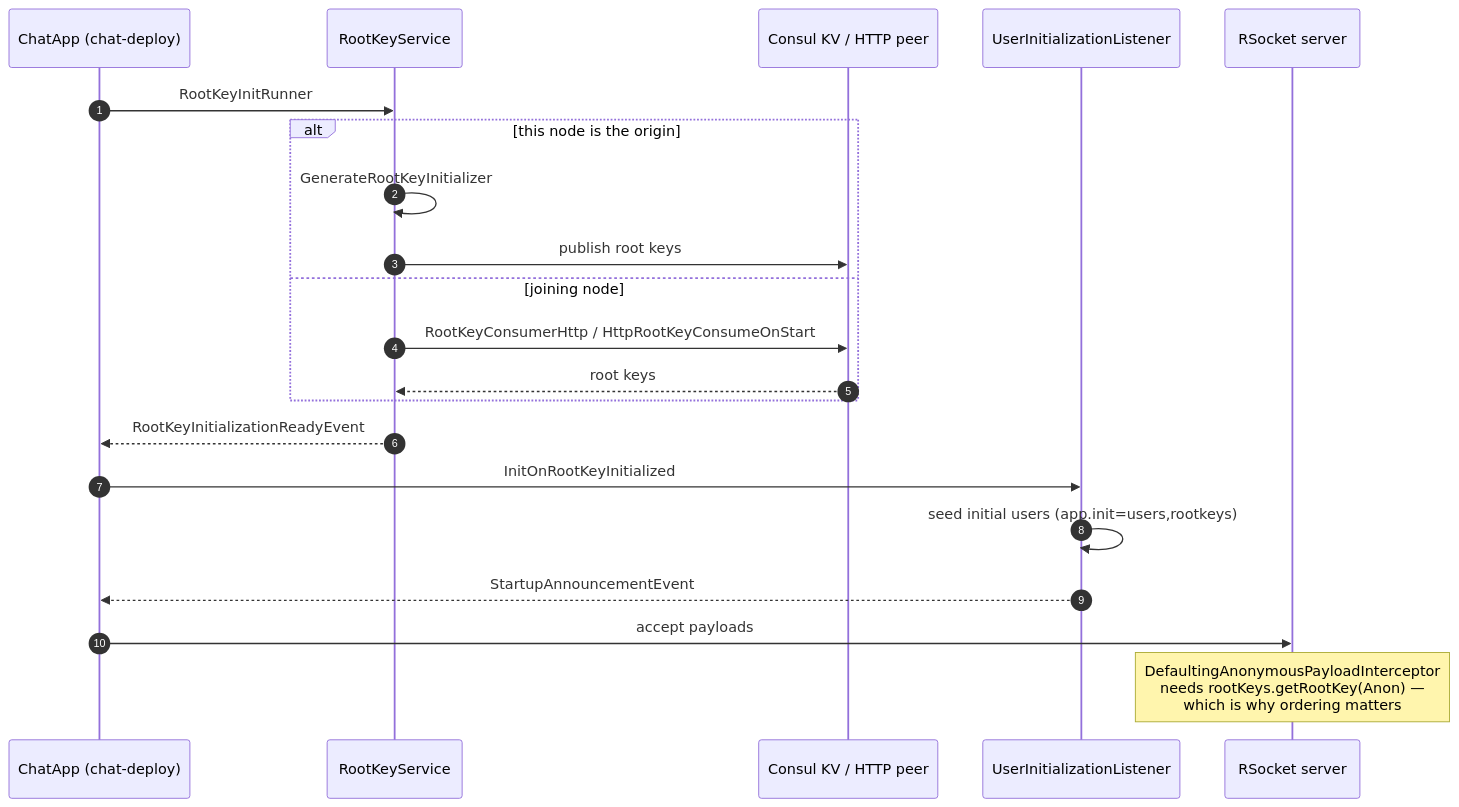
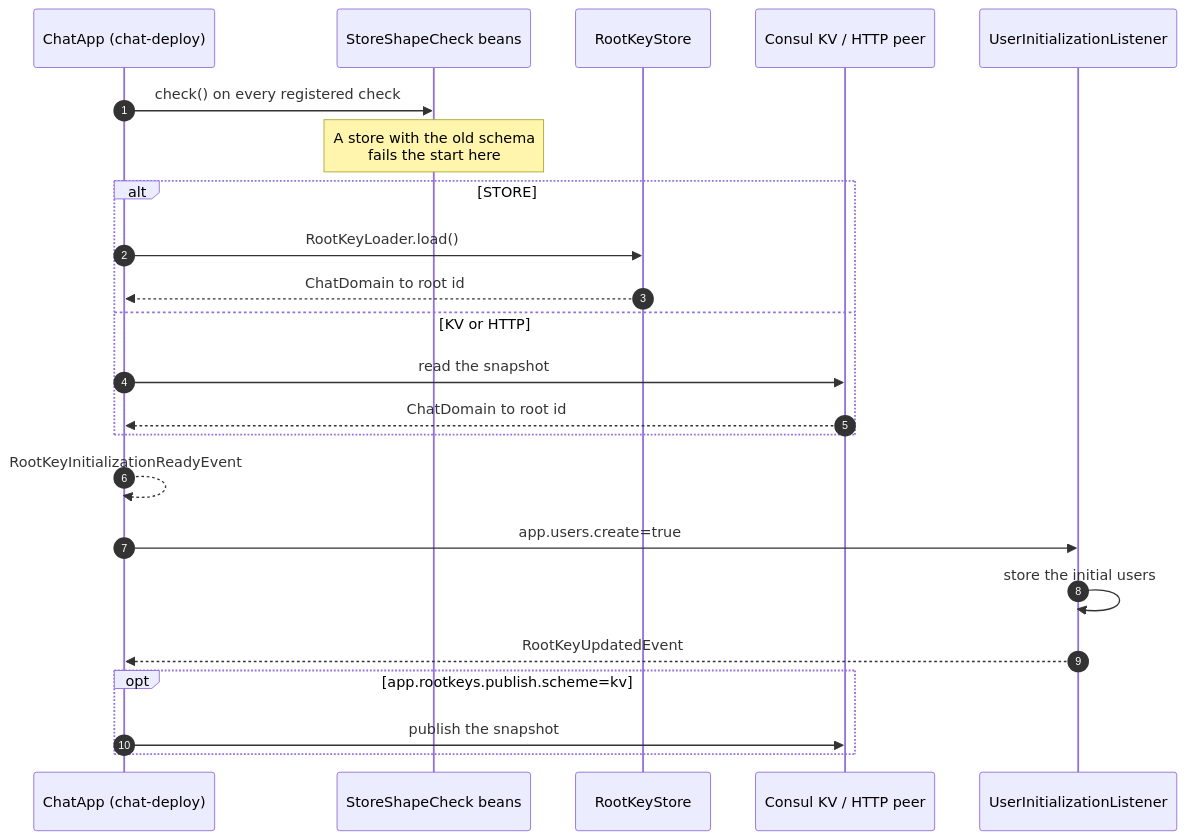
Before and after one commit to marios-code-path/demo-chat: the third of 5 diagrams in docs/ARCHITECTURE.md, drawn with Mermaid. The commit also changed other lines of this file and 4 other files, not shown here.

First line of the commit message:
Update the documents and the launch gate for root identity (CHAT-avduuqwp)

````diff
--- a/docs/ARCHITECTURE.md
+++ b/docs/ARCHITECTURE.md
@@ -149,24 +158,26 @@
 ```mermaid
 sequenceDiagram
     autonumber
     participant App as ChatApp (chat-deploy)
-    participant RK as RootKeyService
-    participant KV as Consul KV / HTTP peer
+    participant Chk as StoreShapeCheck beans
+    participant RS as RootKeyStore
+    participant Snap as Consul KV / HTTP peer
     participant Init as UserInitializationListener
-    participant Sec as RSocket server
 
-    App->>RK: RootKeyInitRunner
-    alt this node is the origin
-        RK->>RK: GenerateRootKeyInitializer
-        RK->>KV: publish root keys
-    else joining node
-        RK->>KV: RootKeyConsumerHttp / HttpRootKeyConsumeOnStart
-        KV-->>RK: root keys
+    App->>Chk: check() on every registered check
+    Note over Chk: A store with the old schema<br/>fails the start here
+    alt STORE
+        App->>RS: RootKeyLoader.load()
+        RS-->>App: ChatDomain to root id
+    else KV or HTTP
+        App->>Snap: read the snapshot
+        Snap-->>App: ChatDomain to root id
     end
-    RK-->>App: RootKeyInitializationReadyEvent
-    App->>Init: InitOnRootKeyInitialized
-    Init->>Init: seed initial users (app.init=users,rootkeys)
-    Init-->>App: StartupAnnouncementEvent
-    App->>Sec: accept payloads
-    Note over Sec: DefaultingAnonymousPayloadInterceptor<br/>needs rootKeys.getRootKey(Anon) —<br/>which is why ordering matters
+    App-->>App: RootKeyInitializationReadyEvent
+    App->>Init: app.users.create=true
+    Init->>Init: store the initial users
+    Init-->>App: RootKeyUpdatedEvent
+    opt app.rootkeys.publish.scheme=kv
+        App->>Snap: publish the snapshot
+    end
 ```
````
